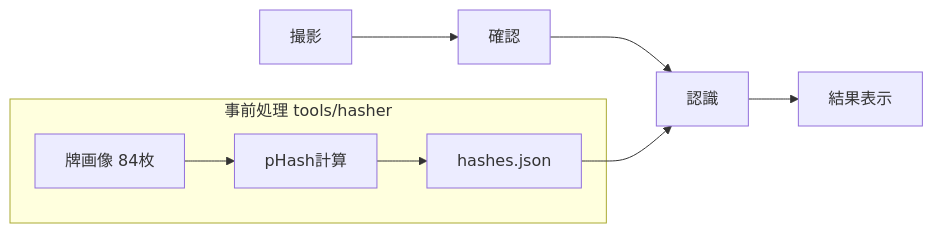
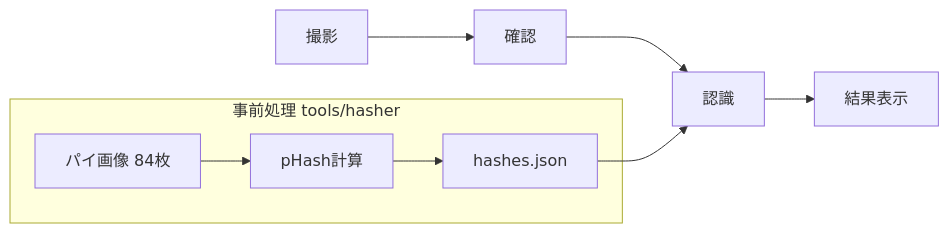
One commit to shokkunrf/nanjara changed the first of 9 diagrams in docs/design/pie-recognition/dataflow.md. Above: the diagram before and after it, drawn with Mermaid. The commit also changed other lines of this file and 3 other files, not shown here.

````diff
--- a/docs/design/pie-recognition/dataflow.md
+++ b/docs/design/pie-recognition/dataflow.md
@@ -18,13 +18,13 @@
 ```mermaid
 flowchart LR
     A[撮影] --> B[確認]
     B --> C[認識]
     C --> D[結果表示]
 
     subgraph 事前処理[事前処理 tools/hasher]
-        E[牌画像 84枚] --> F[pHash計算]
+        E[パイ画像 84枚] --> F[pHash計算]
         F --> G[hashes.json]
     end
 
     G --> C
 ```
````
